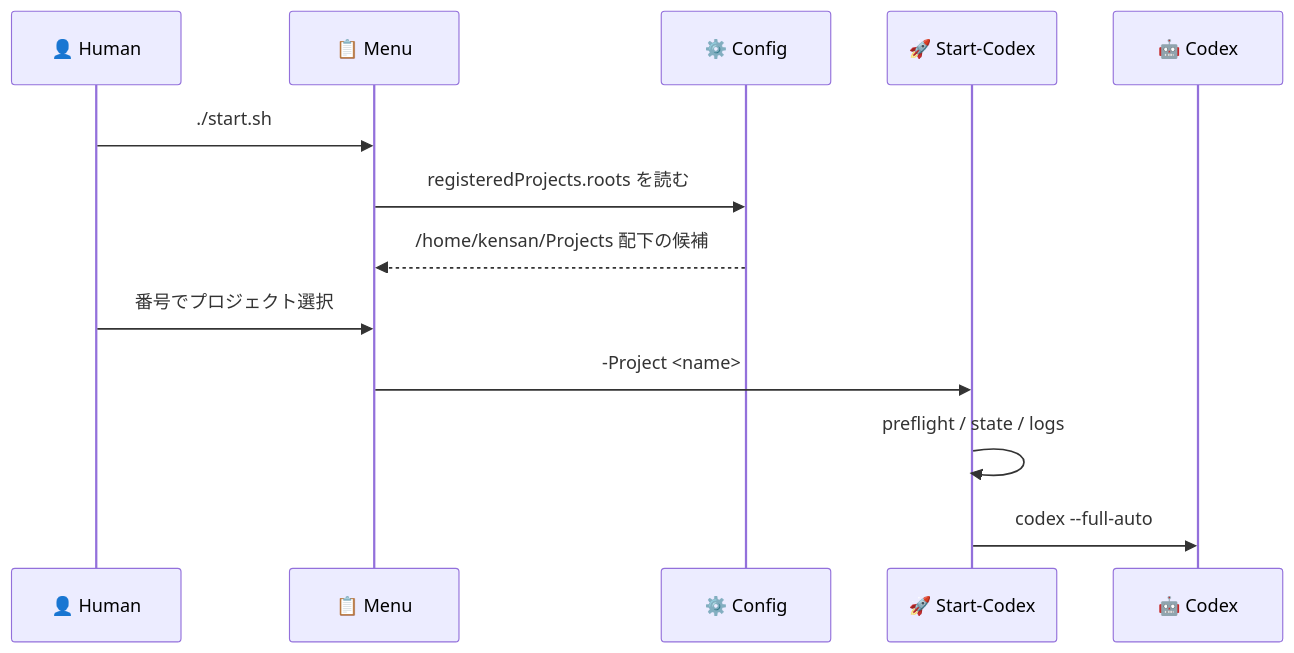
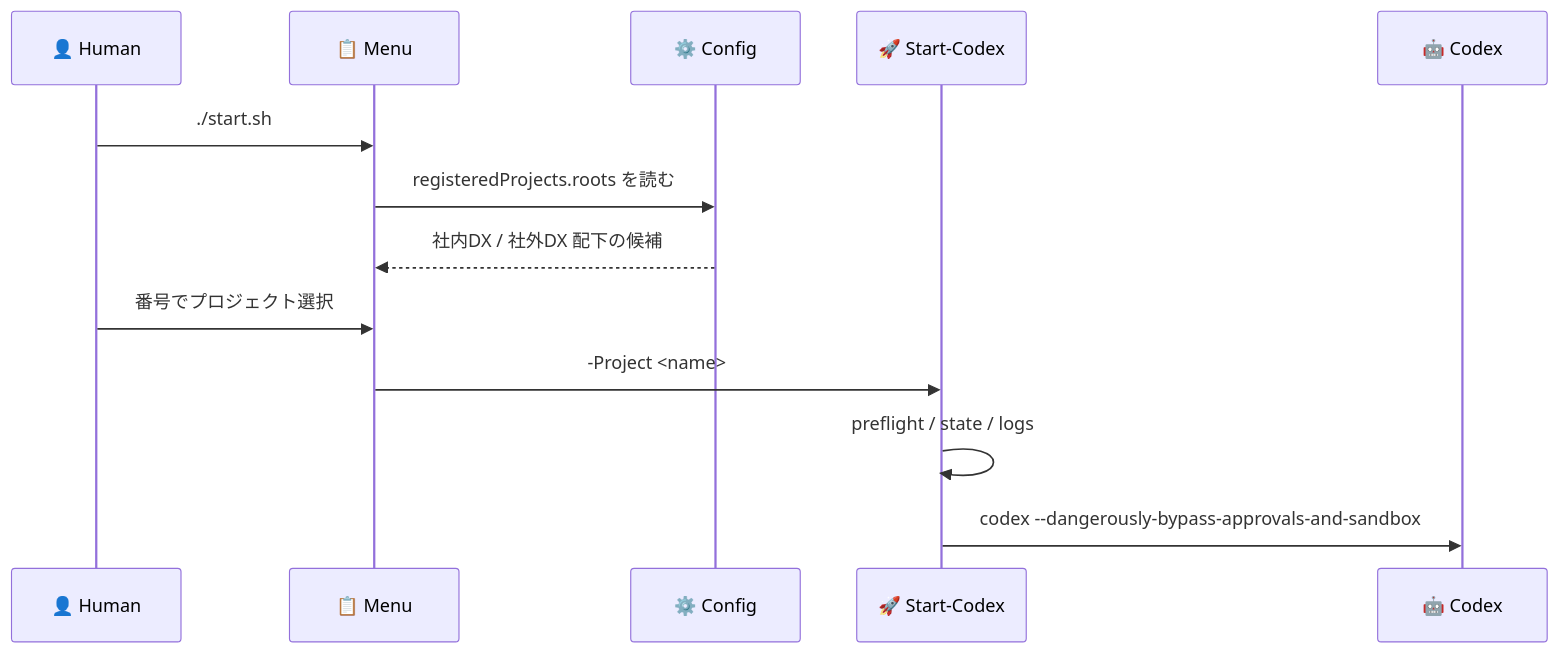
One commit to Kensan196948G/Codex-StartUpTools-New-Linux changed the second of 13 diagrams in README.md. Above: the diagram before and after it, drawn with Mermaid. The commit also changed other lines of this file and 78 other files, not shown here.

````diff
--- a/README.md
+++ b/README.md
@@ -73,16 +73,16 @@
 ```mermaid
 sequenceDiagram
     participant Human as 👤 Human
     participant Menu as 📋 Menu
     participant Config as ⚙️ Config
     participant Launcher as 🚀 Start-Codex
     participant Codex as 🤖 Codex
 
     Human->>Menu: ./start.sh
     Menu->>Config: registeredProjects.roots を読む
-    Config-->>Menu: /home/kensan/Projects 配下の候補
+    Config-->>Menu: 社内DX / 社外DX 配下の候補
     Human->>Menu: 番号でプロジェクト選択
     Menu->>Launcher: -Project <name>
     Launcher->>Launcher: preflight / state / logs
-    Launcher->>Codex: codex --full-auto
+    Launcher->>Codex: codex --dangerously-bypass-approvals-and-sandbox
 ```
````
